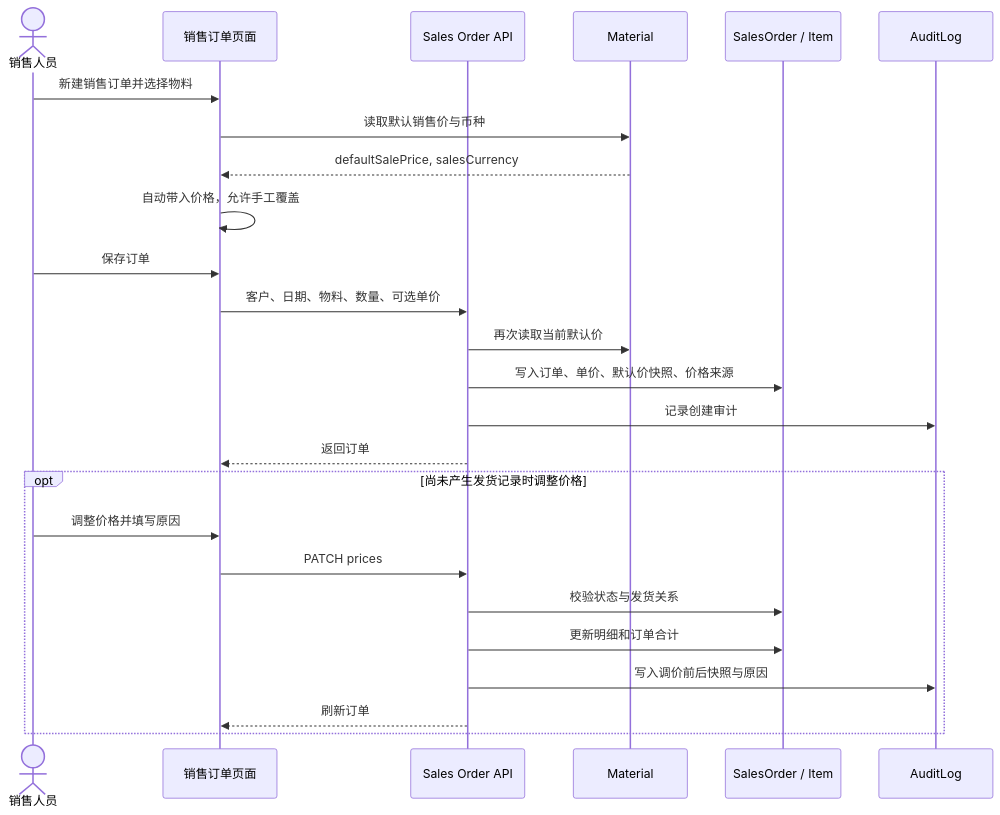
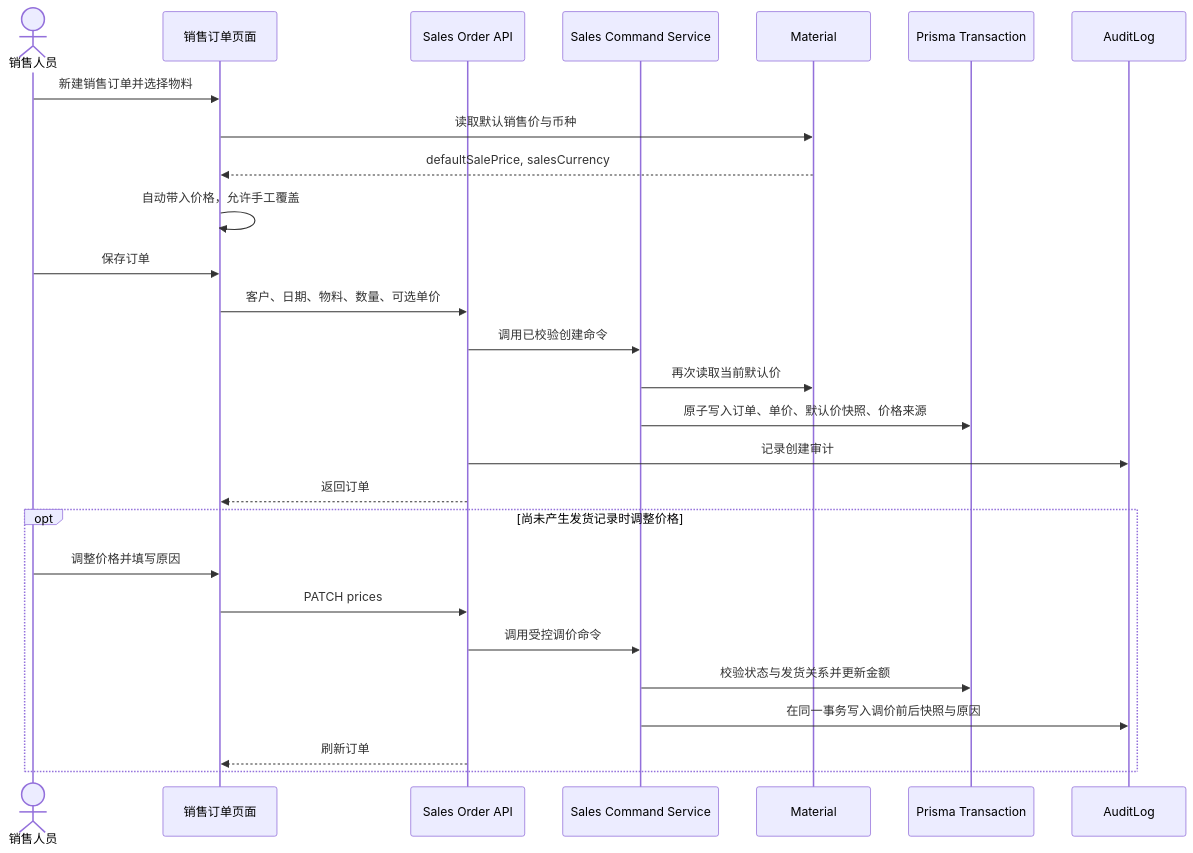
Before and after one commit to goldf2/mes-lite: the fifth of 8 diagrams in docs/architecture/系统时序图.md, drawn with Mermaid. The commit also changed other lines of this file and 45 other files, not shown here.

````diff
--- a/docs/architecture/系统时序图.md
+++ b/docs/architecture/系统时序图.md
@@ -158,29 +158,31 @@
 ```mermaid
 sequenceDiagram
   actor U as 销售人员
   participant UI as 销售订单页面
   participant API as Sales Order API
+  participant C as Sales Command Service
   participant M as Material
-  participant SO as SalesOrder / Item
+  participant SO as Prisma Transaction
   participant A as AuditLog
 
   U->>UI: 新建销售订单并选择物料
   UI->>M: 读取默认销售价与币种
   M-->>UI: defaultSalePrice, salesCurrency
   UI->>UI: 自动带入价格，允许手工覆盖
   U->>UI: 保存订单
   UI->>API: 客户、日期、物料、数量、可选单价
-  API->>M: 再次读取当前默认价
-  API->>SO: 写入订单、单价、默认价快照、价格来源
+  API->>C: 调用已校验创建命令
+  C->>M: 再次读取当前默认价
+  C->>SO: 原子写入订单、单价、默认价快照、价格来源
   API->>A: 记录创建审计
   API-->>UI: 返回订单
 
   opt 尚未产生发货记录时调整价格
     U->>UI: 调整价格并填写原因
     UI->>API: PATCH prices
-    API->>SO: 校验状态与发货关系
-    API->>SO: 更新明细和订单合计
-    API->>A: 写入调价前后快照与原因
+    API->>C: 调用受控调价命令
+    C->>SO: 校验状态与发货关系并更新金额
+    C->>A: 在同一事务写入调价前后快照与原因
     API-->>UI: 刷新订单
   end
 ```
````
